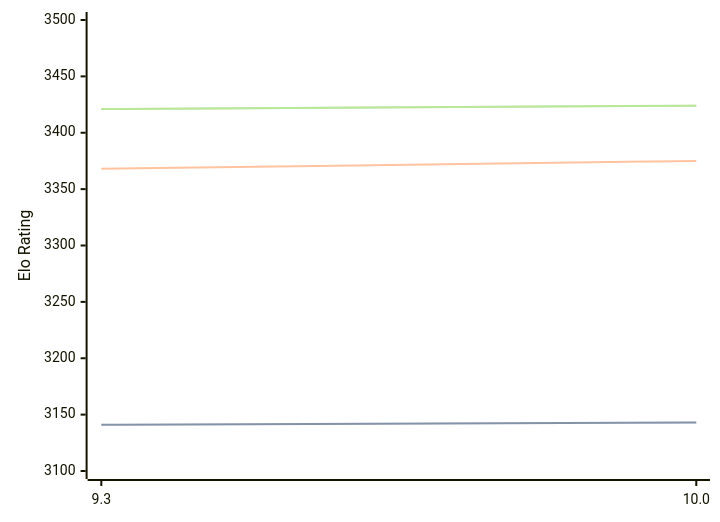
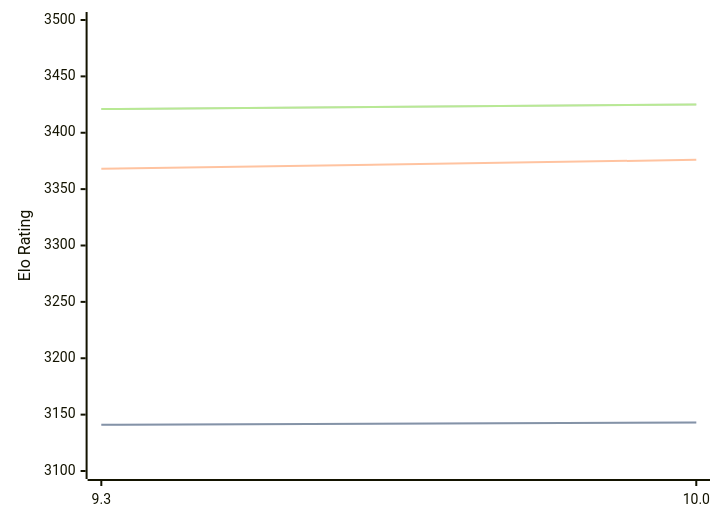
Before and after one commit to computer-chess-index/cci: the diagram in engines/Fire.md, drawn with Mermaid. The commit also changed other lines of this file, not shown here.

Commit message:
Update CCI Ratings (ELO VLTC) - 2026-08-20

````diff
--- a/engines/Fire.md
+++ b/engines/Fire.md
@@ -32,11 +32,11 @@
 ```mermaid
 %%{init: {"theme":"base","themeVariables":{"seriesColors:['#a3a3a3','#222221','#faa371']}}}%%
 xychart-beta
   x-axis ["9.3", "10.0"]
   y-axis "Elo Rating" 3100 --> 3500
   line "STC (8.0+0.08s)" [3141, 3143]
   line "STC (8.0+0.08s)" [3141, 3143]
-  line "LTC (60.0+0.60s)" [3368, 3375]
-  line "VLTC (2m24s+1.12s)" [3421, 3424]
-  line "VLTC (2m24s+1.12s)" [3421, 3424]
+  line "LTC (60.0+0.60s)" [3368, 3376]
+  line "VLTC (2m24s+1.12s)" [3421, 3425]
+  line "VLTC (2m24s+1.12s)" [3421, 3425]
 ```
````
